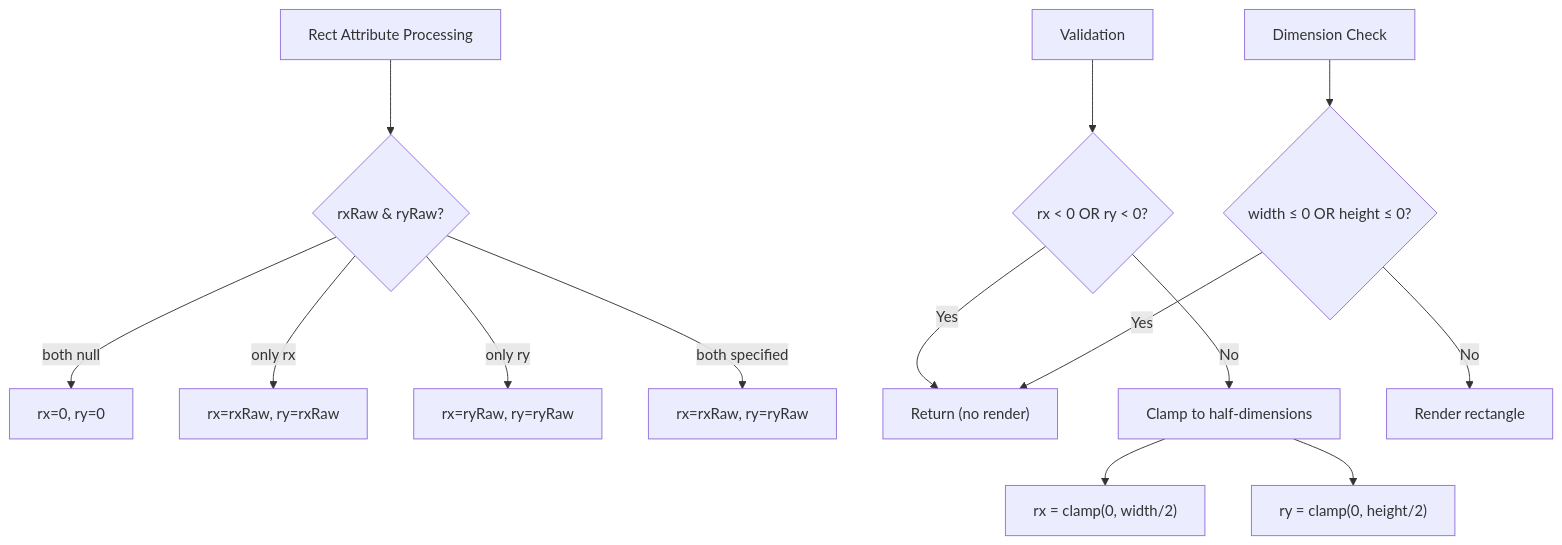
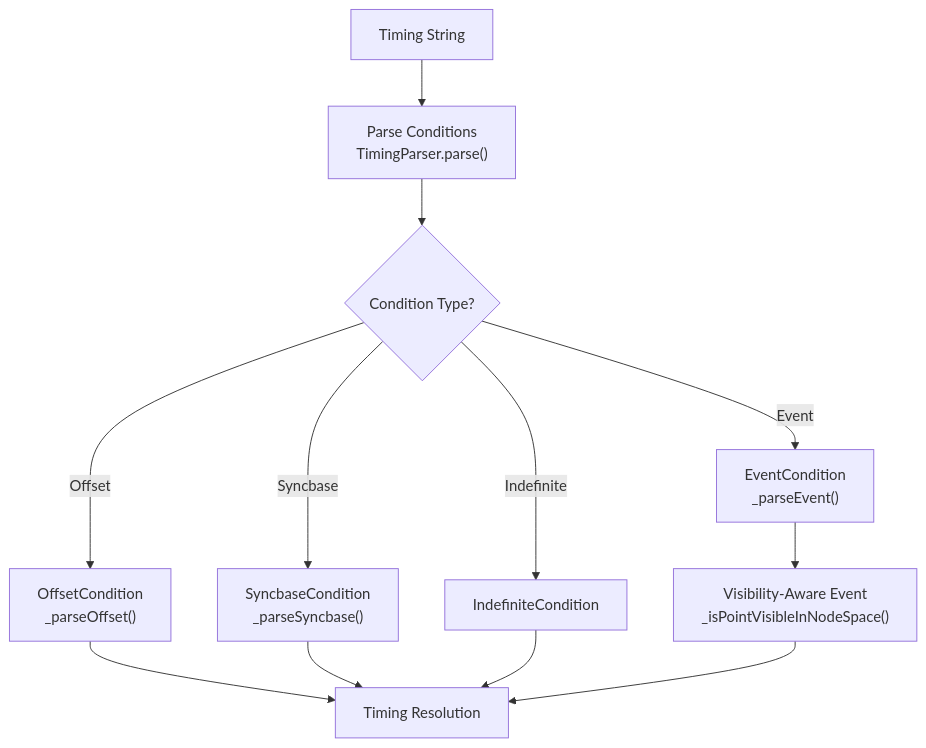
One commit to denisnadey/flutter_full_svg_support changed diagram 21 of 26 in .qoder/repowiki/en/content/Animated SVG Support/Animated SVG Support.md. Above: the diagram before and after it, drawn with Mermaid. The commit also changed other lines of this file and 20 other files, not shown here.

````diff
--- a/.qoder/repowiki/en/content/Animated SVG Support/Animated SVG Support.md
+++ b/.qoder/repowiki/en/content/Animated SVG Support/Animated SVG Support.md
@@ -556,16 +1001,14 @@
 ```mermaid
 flowchart TD
-A["Rect Attribute Processing"] --> B{"rxRaw & ryRaw?"}
-B --> |both null| C["rx=0, ry=0"]
-B --> |only rx| D["rx=rxRaw, ry=rxRaw"]
-B --> |only ry| E["rx=ryRaw, ry=ryRaw"]
-B --> |both specified| F["rx=rxRaw, ry=ryRaw"]
-G["Validation"] --> H{"rx < 0 OR ry < 0?"}
-H --> |Yes| I["Return (no render)"]
-H --> |No| J["Clamp to half-dimensions"]
-J --> K["rx = clamp(0, width/2)"]
-J --> L["ry = clamp(0, height/2)"]
-M["Dimension Check"] --> N{"width ≤ 0 OR height ≤ 0?"}
-N --> |Yes| I
-N --> |No| O["Render rectangle"]
+A["Timing String"] --> B["Parse Conditions<br/>TimingParser.parse()"]
+B --> C{"Condition Type?"}
+C --> |Offset| D["OffsetCondition<br/>_parseOffset()"]
+C --> |Event| E["EventCondition<br/>_parseEvent()"]
+C --> |Syncbase| F["SyncbaseCondition<br/>_parseSyncbase()"]
+C --> |Indefinite| G["IndefiniteCondition"]
+D --> H["Timing Resolution"]
+E --> I["Visibility-Aware Event<br/>_isPointVisibleInNodeSpace()"]
+F --> H
+G --> H
+I --> H
 ```
````
